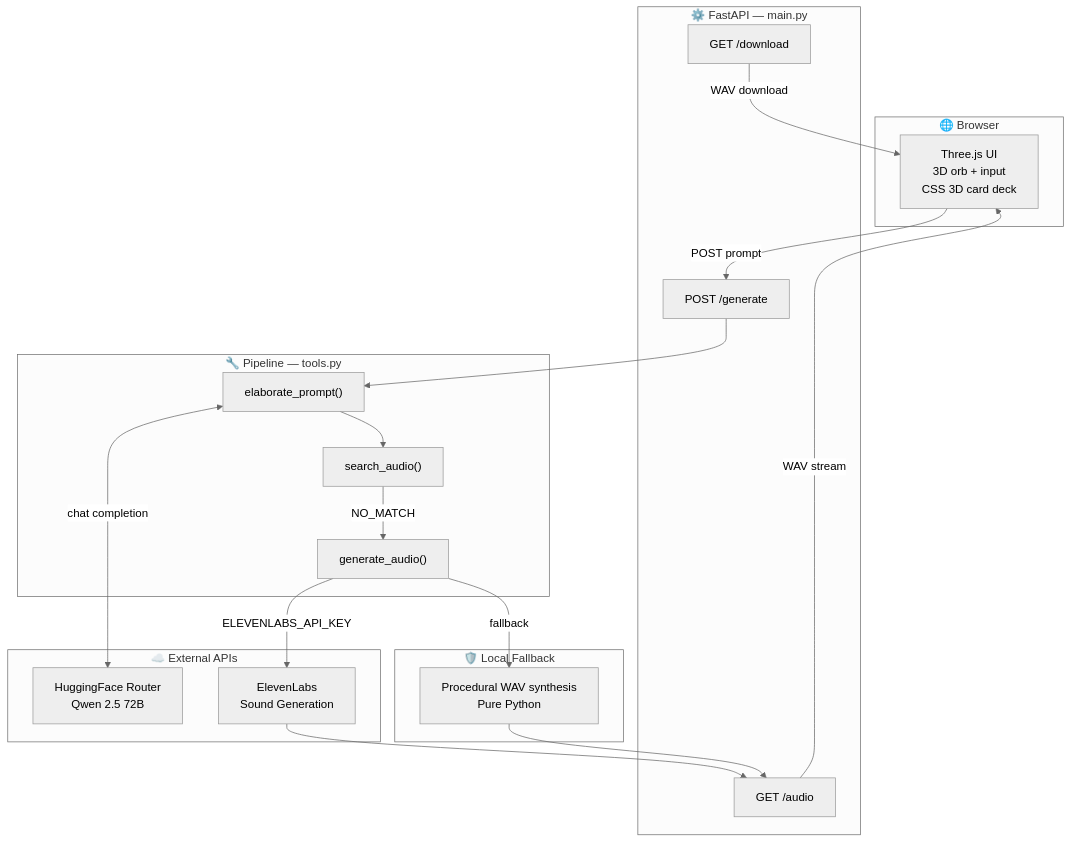
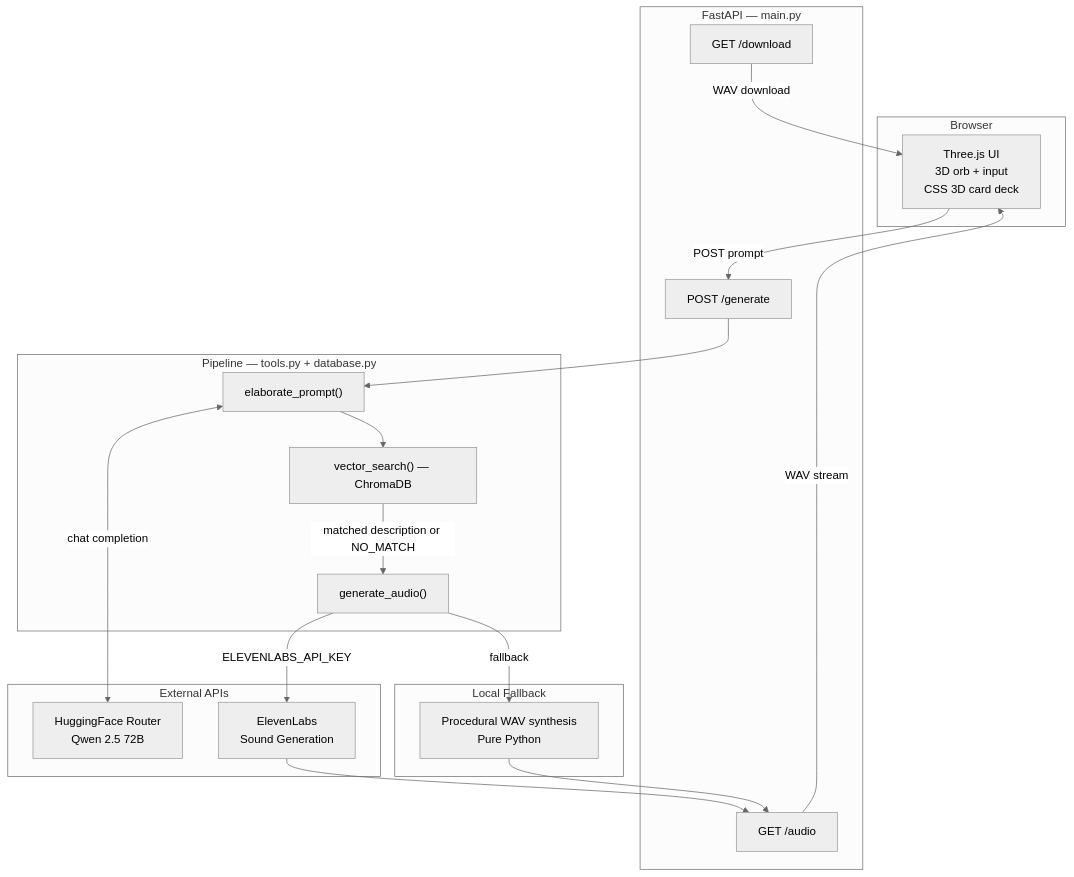
Before and after one commit to yshemashree/Audify.ai: the third of 4 diagrams in README.md, drawn with Mermaid (neutral theme). The commit also changed other lines of this file, not shown here.

Commit message:
Update README with ChromaDB vector search, RAG pipeline, updated diagrams

````diff
--- a/README.md
+++ b/README.md
@@ -90,39 +127,39 @@
 ```mermaid
 graph TB
-    subgraph Browser["🌐 Browser"]
+    subgraph Browser["Browser"]
         UI["Three.js UI\n3D orb + input\nCSS 3D card deck"]
     end
 
-    subgraph Server["⚙️ FastAPI — main.py"]
+    subgraph Server["FastAPI — main.py"]
         R1["POST /generate"]
         R2["GET /audio"]
         R3["GET /download"]
     end
 
-    subgraph Pipeline["🔧 Pipeline — tools.py"]
+    subgraph Pipeline["Pipeline — tools.py + database.py"]
         EP["elaborate_prompt()"]
-        SA["search_audio()"]
+        VS["vector_search() — ChromaDB"]
         GA["generate_audio()"]
     end
 
-    subgraph External["☁️ External APIs"]
+    subgraph External["External APIs"]
         HF["HuggingFace Router\nQwen 2.5 72B"]
         EL["ElevenLabs\nSound Generation"]
     end
 
-    subgraph Local["🛡️ Local Fallback"]
+    subgraph Local["Local Fallback"]
         SYNTH["Procedural WAV synthesis\nPure Python"]
     end
 
     UI -->|POST prompt| R1
     R1 --> EP
     EP <-->|chat completion| HF
-    EP --> SA
-    SA -->|NO_MATCH| GA
+    EP --> VS
+    VS -->|matched description or NO_MATCH| GA
     GA -->|ELEVENLABS_API_KEY| EL
     GA -->|fallback| SYNTH
     EL --> R2
     SYNTH --> R2
     R2 -->|WAV stream| UI
     R3 -->|WAV download| UI
 ```
````
